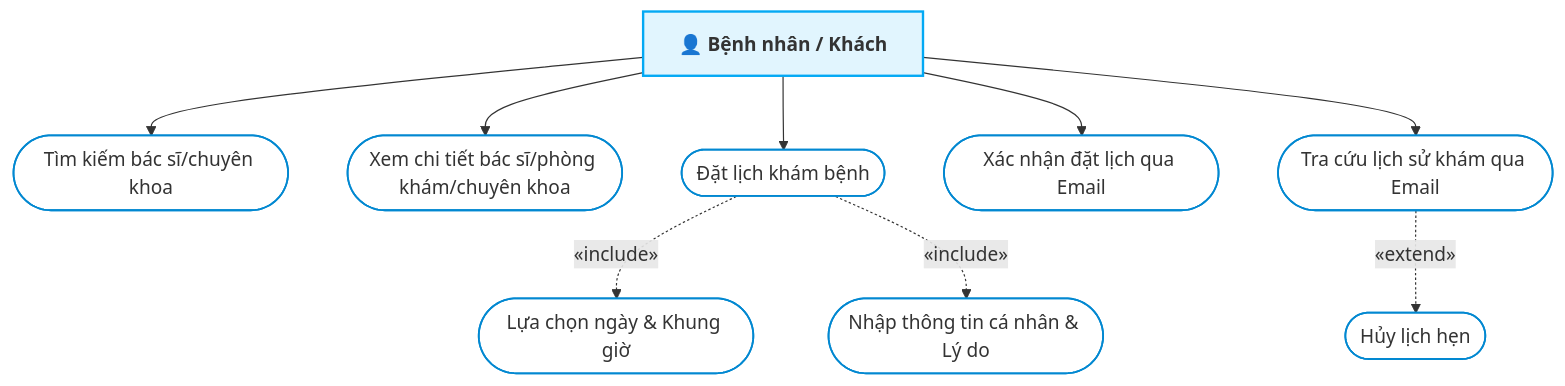
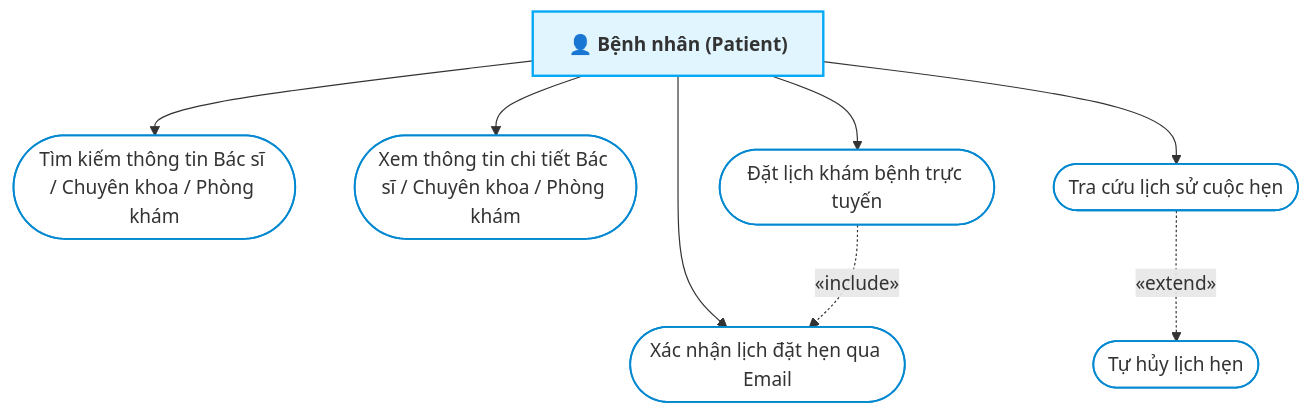
One commit to Hius22/HeathCare- changed the second of 4 diagrams in HE_THONG_USECASE.md. Above: the diagram before and after it, drawn with Mermaid. The commit also changed other lines of this file and 6 other files, not shown here.

````diff
--- a/HE_THONG_USECASE.md
+++ b/HE_THONG_USECASE.md
@@ -155,31 +168,27 @@
 ```mermaid
 graph TB
-    Patient["👤 Bệnh nhân / Khách"]
+    Patient["👤 Bệnh nhân (Patient)"]
     
     classDef actorPatient fill:#e1f5fe,stroke:#03a9f4,stroke-width:2px,font-weight:bold;
     classDef usecase fill:#ffffff,stroke:#0288d1,stroke-width:1.5px,shape:stadium;
     class Patient actorPatient;
 
-    uc_search(["Tìm kiếm bác sĩ/chuyên khoa"])
-    uc_view_detail(["Xem chi tiết bác sĩ/phòng khám/chuyên khoa"])
-    uc_book(["Đặt lịch khám bệnh"])
-    uc_input_info(["Nhập thông tin cá nhân & Lý do"])
-    uc_select_slot(["Lựa chọn ngày & Khung giờ"])
-    uc_verify(["Xác nhận đặt lịch qua Email"])
-    uc_history(["Tra cứu lịch sử khám qua Email"])
-    uc_cancel(["Hủy lịch hẹn"])
+    uc_search(["Tìm kiếm thông tin Bác sĩ / Chuyên khoa / Phòng khám"])
+    uc_view(["Xem thông tin chi tiết Bác sĩ / Chuyên khoa / Phòng khám"])
+    uc_book(["Đặt lịch khám bệnh trực tuyến"])
+    uc_verify(["Xác nhận lịch đặt hẹn qua Email"])
+    uc_history(["Tra cứu lịch sử cuộc hẹn"])
+    uc_cancel(["Tự hủy lịch hẹn"])
 
-    class uc_search,uc_view_detail,uc_book,uc_input_info,uc_select_slot,uc_verify,uc_history,uc_cancel usecase;
+    class uc_search,uc_view,uc_book,uc_verify,uc_history,uc_cancel usecase;
 
     Patient --> uc_search
-    Patient --> uc_view_detail
+    Patient --> uc_view
     Patient --> uc_book
     Patient --> uc_verify
     Patient --> uc_history
 
     %% Detail Relationships
-    uc_book -.->|&laquo;include&raquo;| uc_select_slot
-    uc_book -.->|&laquo;include&raquo;| uc_input_info
-    
+    uc_book -.->|&laquo;include&raquo;| uc_verify
     uc_history -.->|&laquo;extend&raquo;| uc_cancel
 ```
````
